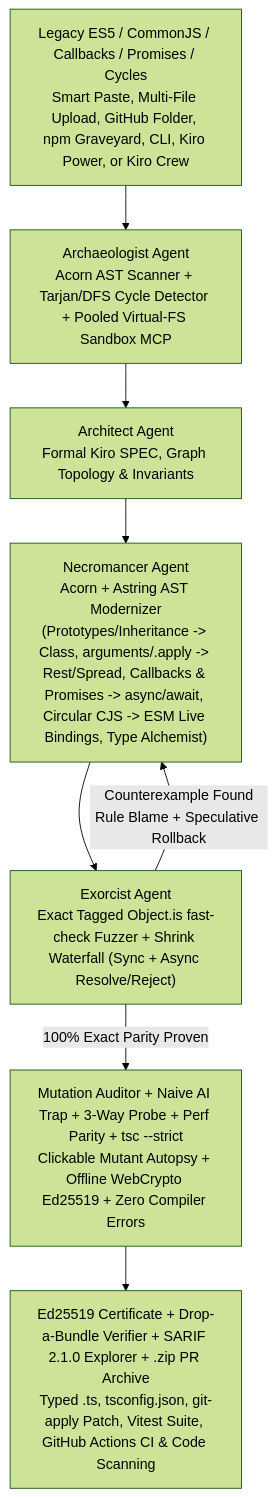
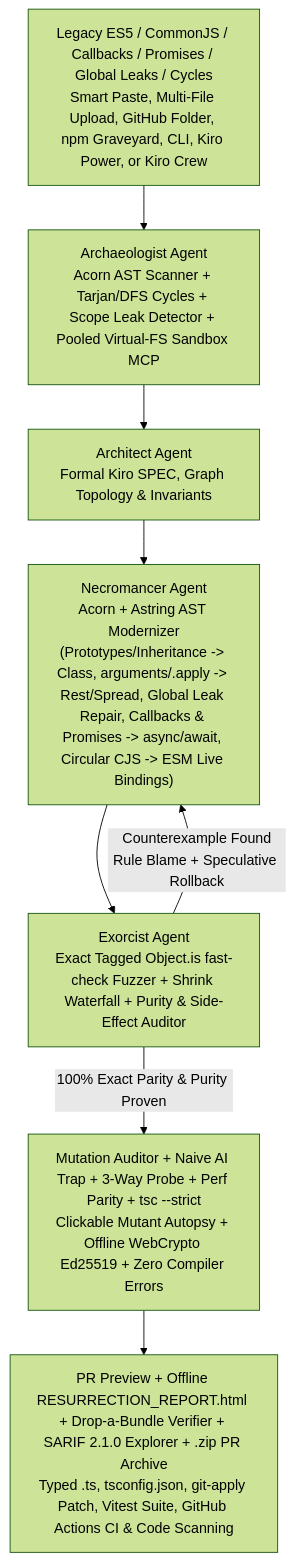
One commit to anjarkar25-max/lazarus changed the diagram in README.md. Above: the diagram before and after it, drawn with Mermaid (forest theme). The commit also changed other lines of this file, not shown here.

Commit message:
docs(readme): sync final V18 flagship build (1,263 tests, 1,399 combined, 28 Kiro specs, 5-pillar proof, PR preview, offline HTML report)

````diff
--- a/README.md
+++ b/README.md
@@ -11,10 +17,10 @@
 ```mermaid
 flowchart TD
-    A["Legacy ES5 / CommonJS / Callbacks / Promises / Cycles<br/>Smart Paste, Multi-File Upload, GitHub Folder, npm Graveyard, CLI, Kiro Power, or Kiro Crew"] --> B["Archaeologist Agent<br/>Acorn AST Scanner + Tarjan/DFS Cycle Detector + Pooled Virtual-FS Sandbox MCP"]
+    A["Legacy ES5 / CommonJS / Callbacks / Promises / Global Leaks / Cycles<br/>Smart Paste, Multi-File Upload, GitHub Folder, npm Graveyard, CLI, Kiro Power, or Kiro Crew"] --> B["Archaeologist Agent<br/>Acorn AST Scanner + Tarjan/DFS Cycles + Scope Leak Detector + Pooled Virtual-FS Sandbox MCP"]
     B --> C["Architect Agent<br/>Formal Kiro SPEC, Graph Topology & Invariants"]
-    C --> D["Necromancer Agent<br/>Acorn + Astring AST Modernizer<br/>(Prototypes/Inheritance -> Class, arguments/.apply -> Rest/Spread, Callbacks & Promises -> async/await, Circular CJS -> ESM Live Bindings, Type Alchemist)"]
-    D --> E["Exorcist Agent<br/>Exact Tagged Object.is fast-check Fuzzer + Shrink Waterfall (Sync + Async Resolve/Reject)"]
+    C --> D["Necromancer Agent<br/>Acorn + Astring AST Modernizer<br/>(Prototypes/Inheritance -> Class, arguments/.apply -> Rest/Spread, Global Leak Repair, Callbacks & Promises -> async/await, Circular CJS -> ESM Live Bindings)"]
+    D --> E["Exorcist Agent<br/>Exact Tagged Object.is fast-check Fuzzer + Shrink Waterfall + Purity & Side-Effect Auditor"]
     E -- "Counterexample Found<br/>Rule Blame + Speculative Rollback" --> D
-    E -- "100% Exact Parity Proven" --> F["Mutation Auditor + Naive AI Trap + 3-Way Probe + Perf Parity + tsc --strict<br/>Clickable Mutant Autopsy + Offline WebCrypto Ed25519 + Zero Compiler Errors"]
-    F --> G["Ed25519 Certificate + Drop-a-Bundle Verifier + SARIF 2.1.0 Explorer + .zip PR Archive<br/>Typed .ts, tsconfig.json, git-apply Patch, Vitest Suite, GitHub Actions CI & Code Scanning"]
+    E -- "100% Exact Parity & Purity Proven" --> F["Mutation Auditor + Naive AI Trap + 3-Way Probe + Perf Parity + tsc --strict<br/>Clickable Mutant Autopsy + Offline WebCrypto Ed25519 + Zero Compiler Errors"]
+    F --> G["PR Preview + Offline RESURRECTION_REPORT.html + Drop-a-Bundle Verifier + SARIF 2.1.0 Explorer + .zip PR Archive<br/>Typed .ts, tsconfig.json, git-apply Patch, Vitest Suite, GitHub Actions CI & Code Scanning"]
 ```
````
